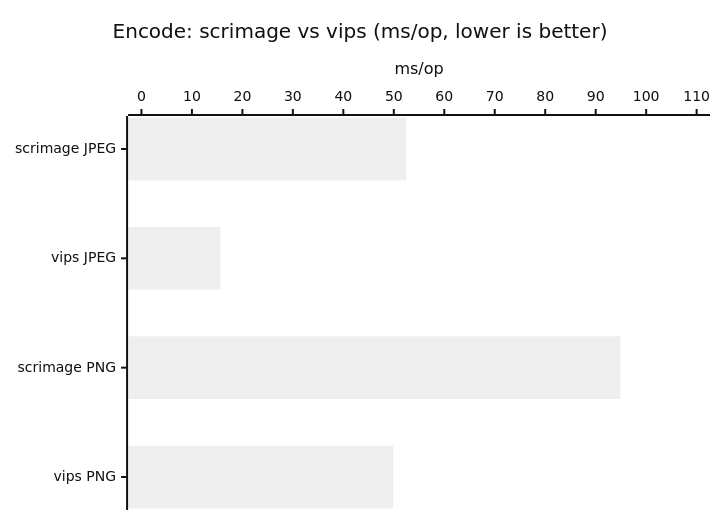
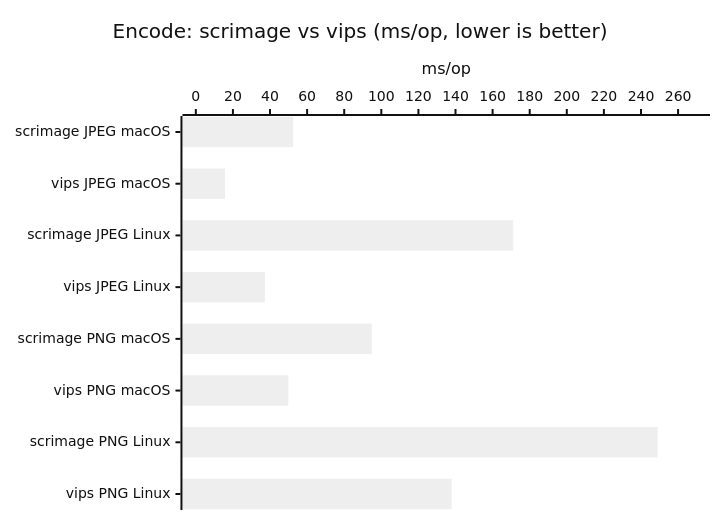
The third of 4 diagrams in images/images-benchmark/README.md (bluetape4k/bluetape4k-projects), drawn with Mermaid (neutral theme) before and after one commit. The commit also changed other lines of this file and 4 other files, not shown here.

````diff
--- a/images/images-benchmark/README.md
+++ b/images/images-benchmark/README.md
@@ -65,7 +66,7 @@
 ```mermaid
 xychart-beta horizontal
     title "Encode: scrimage vs vips (ms/op, lower is better)"
-    x-axis ["scrimage JPEG", "vips JPEG", "scrimage PNG", "vips PNG"]
-    y-axis "ms/op" 0 --> 110
-    bar [52.49, 15.67, 94.87, 49.88]
+    x-axis ["scrimage JPEG macOS", "vips JPEG macOS", "scrimage JPEG Linux", "vips JPEG Linux", "scrimage PNG macOS", "vips PNG macOS", "scrimage PNG Linux", "vips PNG Linux"]
+    y-axis "ms/op" 0 --> 270
+    bar [52.49, 15.67, 171.16, 37.20, 94.87, 49.88, 249.01, 137.95]
 ```
````
